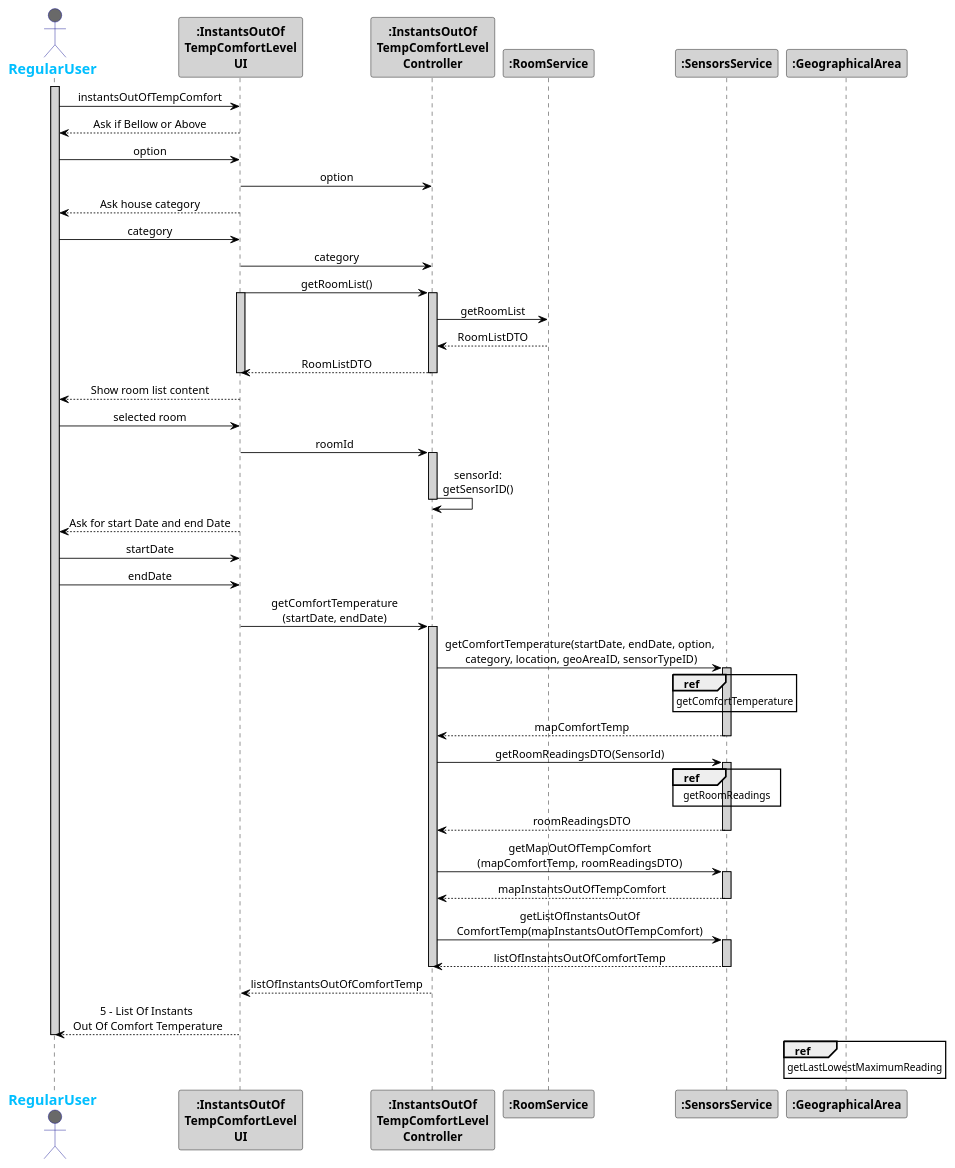
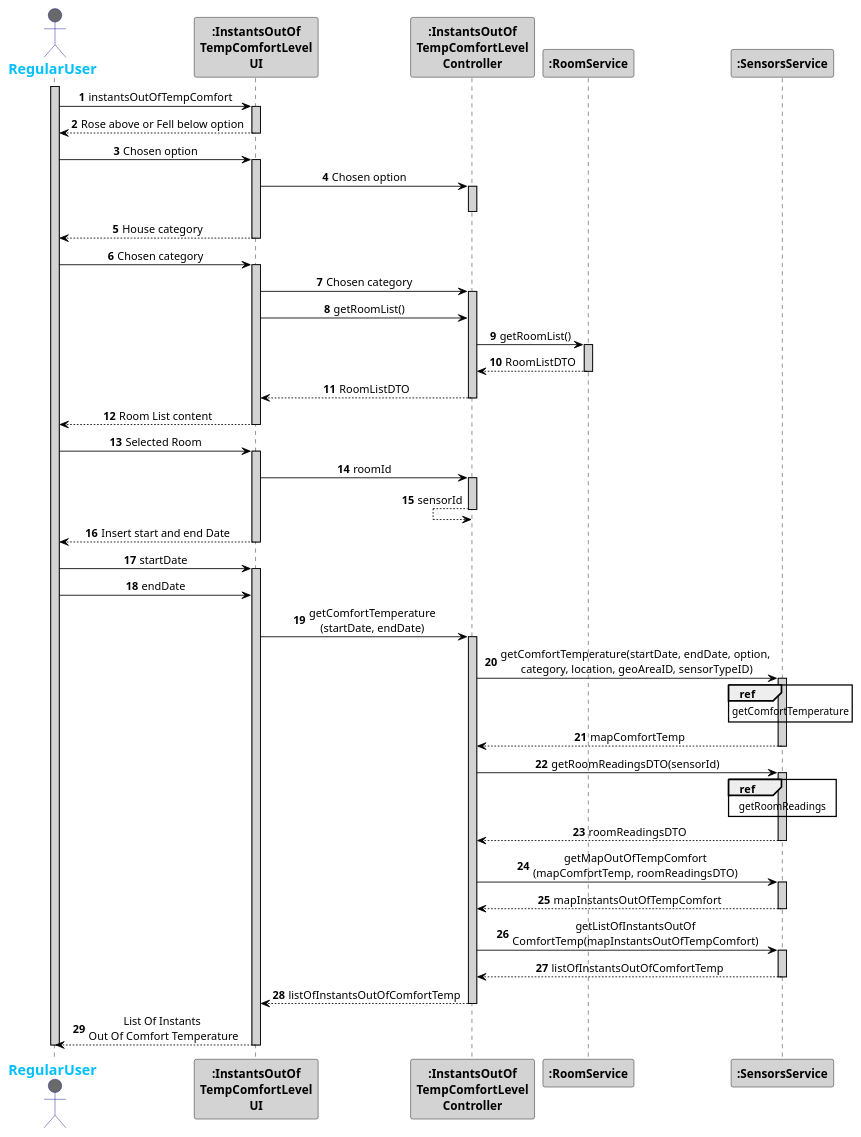
Before and after one commit to 1181687/hateoasToy: the diagram in src/main/java/pt/ipp/isep/dei/project/controllers/instantstempoutofcomfortlevelcontroller/SD_InstantsTempOutOfComfortLevel.puml, drawn with PlantUML. The commit also changed 2 other files, not shown here.

```diff
--- a/src/main/java/pt/ipp/isep/dei/project/controllers/instantstempoutofcomfortlevelcontroller/SD_InstantsTempOutOfComfortLevel.puml
+++ b/src/main/java/pt/ipp/isep/dei/project/controllers/instantstempoutofcomfortlevelcontroller/SD_InstantsTempOutOfComfortLevel.puml
@@ -1,90 +1,90 @@
 @startuml
 skinparam sequenceMessageAlign center
 skinparam sequence {
     ArrowColor Black
     ActorBorderColor DarkBlue
     LifeLineBorderColor black
     LifeLineBackgroundColor LightGrey
 
     ParticipantBorderColor Black
     ParticipantBackgroundColor LightGrey
     ParticipantFontStyle Bold
 
     ActorBackgroundColor DimGrey
     ActorFontColor DeepSkyBlue
     ActorFontStyle Bold
     ActorFontSize 17
     ActorFontName Aapex
 }
 
-
+autonumber
 actor RegularUser
 activate RegularUser
 RegularUser -> ":InstantsOutOf\nTempComfortLevel\nUI": instantsOutOfTempComfort
-":InstantsOutOf\nTempComfortLevel\nUI" --> RegularUser: Ask if Bellow or Above
-RegularUser -> ":InstantsOutOf\nTempComfortLevel\nUI": option
-":InstantsOutOf\nTempComfortLevel\nUI" -> ":InstantsOutOf\nTempComfortLevel\nController" : option
-":InstantsOutOf\nTempComfortLevel\nUI" --> RegularUser: Ask house category
-RegularUser -> ":InstantsOutOf\nTempComfortLevel\nUI": category
-":InstantsOutOf\nTempComfortLevel\nUI" -> ":InstantsOutOf\nTempComfortLevel\nController" : category
+activate ":InstantsOutOf\nTempComfortLevel\nUI"
+":InstantsOutOf\nTempComfortLevel\nUI" --> RegularUser: Rose above or Fell below option
+deactivate ":InstantsOutOf\nTempComfortLevel\nUI"
+RegularUser -> ":InstantsOutOf\nTempComfortLevel\nUI": Chosen option
+activate ":InstantsOutOf\nTempComfortLevel\nUI"
+":InstantsOutOf\nTempComfortLevel\nUI" -> ":InstantsOutOf\nTempComfortLevel\nController" : Chosen option
+activate ":InstantsOutOf\nTempComfortLevel\nController"
+deactivate ":InstantsOutOf\nTempComfortLevel\nController"
+":InstantsOutOf\nTempComfortLevel\nUI" --> RegularUser: House category
+deactivate ":InstantsOutOf\nTempComfortLevel\nUI"
+RegularUser -> ":InstantsOutOf\nTempComfortLevel\nUI": Chosen category
+activate ":InstantsOutOf\nTempComfortLevel\nUI"
+":InstantsOutOf\nTempComfortLevel\nUI" -> ":InstantsOutOf\nTempComfortLevel\nController" : Chosen category
+activate ":InstantsOutOf\nTempComfortLevel\nController"
 ":InstantsOutOf\nTempComfortLevel\nUI" -> ":InstantsOutOf\nTempComfortLevel\nController" : getRoomList()
+":InstantsOutOf\nTempComfortLevel\nController" -> ":RoomService": getRoomList()
+activate ":RoomService"
+":InstantsOutOf\nTempComfortLevel\nController" <-- ":RoomService": RoomListDTO
+deactivate ":RoomService"
+":InstantsOutOf\nTempComfortLevel\nUI" <-- ":InstantsOutOf\nTempComfortLevel\nController" : RoomListDTO
+deactivate ":InstantsOutOf\nTempComfortLevel\nController"
+RegularUser <-- ":InstantsOutOf\nTempComfortLevel\nUI" : Room List content
+deactivate ":InstantsOutOf\nTempComfortLevel\nUI"
+RegularUser -> ":InstantsOutOf\nTempComfortLevel\nUI":  Selected Room
 activate ":InstantsOutOf\nTempComfortLevel\nUI"
-activate ":InstantsOutOf\nTempComfortLevel\nController"
-":InstantsOutOf\nTempComfortLevel\nController" -> ":RoomService": getRoomList
-":RoomService" --> ":InstantsOutOf\nTempComfortLevel\nController": RoomListDTO
-":InstantsOutOf\nTempComfortLevel\nController" --> ":InstantsOutOf\nTempComfortLevel\nUI" : RoomListDTO
-deactivate ":InstantsOutOf\nTempComfortLevel\nController"
-deactivate ":InstantsOutOf\nTempComfortLevel\nUI"
-":InstantsOutOf\nTempComfortLevel\nUI" --> RegularUser: Show room list content
-RegularUser -> ":InstantsOutOf\nTempComfortLevel\nUI":  selected room
 ":InstantsOutOf\nTempComfortLevel\nUI" -> ":InstantsOutOf\nTempComfortLevel\nController" : roomId
 activate ":InstantsOutOf\nTempComfortLevel\nController"
-":InstantsOutOf\nTempComfortLevel\nController" -> ":InstantsOutOf\nTempComfortLevel\nController" : sensorId:\ngetSensorID()
+":InstantsOutOf\nTempComfortLevel\nController" <-- ":InstantsOutOf\nTempComfortLevel\nController" : sensorId
 deactivate ":InstantsOutOf\nTempComfortLevel\nController"
-
-":InstantsOutOf\nTempComfortLevel\nUI" --> RegularUser: Ask for start Date and end Date
+RegularUser <-- ":InstantsOutOf\nTempComfortLevel\nUI" : Insert start and end Date
+deactivate ":InstantsOutOf\nTempComfortLevel\nUI"
 RegularUser -> ":InstantsOutOf\nTempComfortLevel\nUI": startDate
+activate ":InstantsOutOf\nTempComfortLevel\nUI"
 RegularUser -> ":InstantsOutOf\nTempComfortLevel\nUI": endDate
 ":InstantsOutOf\nTempComfortLevel\nUI" -> ":InstantsOutOf\nTempComfortLevel\nController" : getComfortTemperature\n(startDate, endDate)
 activate ":InstantsOutOf\nTempComfortLevel\nController"
 ":InstantsOutOf\nTempComfortLevel\nController" -> ":SensorsService": getComfortTemperature(startDate, endDate, option,\n category, location, geoAreaID, sensorTypeID)
 activate ":SensorsService"
 ref over ":SensorsService"
 getComfortTemperature
 end
-":SensorsService" --> ":InstantsOutOf\nTempComfortLevel\nController" : mapComfortTemp
+":InstantsOutOf\nTempComfortLevel\nController" <-- ":SensorsService" : mapComfortTemp
 deactivate ":SensorsService"
-":InstantsOutOf\nTempComfortLevel\nController" -> ":SensorsService": getRoomReadingsDTO(SensorId)
+":InstantsOutOf\nTempComfortLevel\nController" -> ":SensorsService": getRoomReadingsDTO(sensorId)
 activate ":SensorsService"
 ref over ":SensorsService"
 getRoomReadings
 end
-":SensorsService" --> ":InstantsOutOf\nTempComfortLevel\nController" : roomReadingsDTO
+":InstantsOutOf\nTempComfortLevel\nController" <-- ":SensorsService" : roomReadingsDTO
 deactivate ":SensorsService"
 ":InstantsOutOf\nTempComfortLevel\nController" -> ":SensorsService": getMapOutOfTempComfort\n(mapComfortTemp, roomReadingsDTO)
 activate ":SensorsService"
-":SensorsService" --> ":InstantsOutOf\nTempComfortLevel\nController" : mapInstantsOutOfTempComfort
+":InstantsOutOf\nTempComfortLevel\nController" <-- ":SensorsService" : mapInstantsOutOfTempComfort
 deactivate ":SensorsService"
 ":InstantsOutOf\nTempComfortLevel\nController" -> ":SensorsService": getListOfInstantsOutOf\nComfortTemp(mapInstantsOutOfTempComfort)
 activate ":SensorsService"
-":SensorsService" --> ":InstantsOutOf\nTempComfortLevel\nController" : listOfInstantsOutOfComfortTemp
+":InstantsOutOf\nTempComfortLevel\nController" <-- ":SensorsService" : listOfInstantsOutOfComfortTemp
 deactivate ":SensorsService"
+":InstantsOutOf\nTempComfortLevel\nUI" <-- ":InstantsOutOf\nTempComfortLevel\nController"  : listOfInstantsOutOfComfortTemp
 deactivate ":InstantsOutOf\nTempComfortLevel\nController"
-":InstantsOutOf\nTempComfortLevel\nController" --> ":InstantsOutOf\nTempComfortLevel\nUI" : listOfInstantsOutOfComfortTemp
-":InstantsOutOf\nTempComfortLevel\nUI" --> RegularUser: 5 - List Of Instants \nOut Of Comfort Temperature
+RegularUser <-- ":InstantsOutOf\nTempComfortLevel\nUI": List Of Instants \nOut Of Comfort Temperature
+deactivate ":InstantsOutOf\nTempComfortLevel\nUI"
 deactivate RegularUser
 
 
 
-
-
-
-
-
-
-
-ref over ":GeographicalArea"
-getLastLowestMaximumReading
-end
-
 @enduml
```
